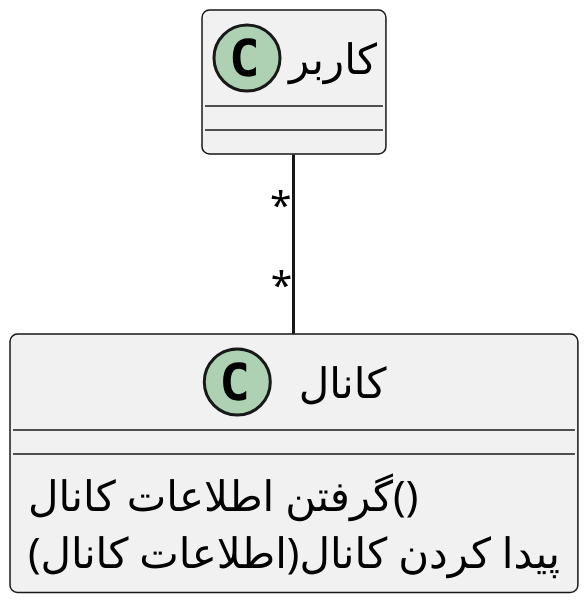
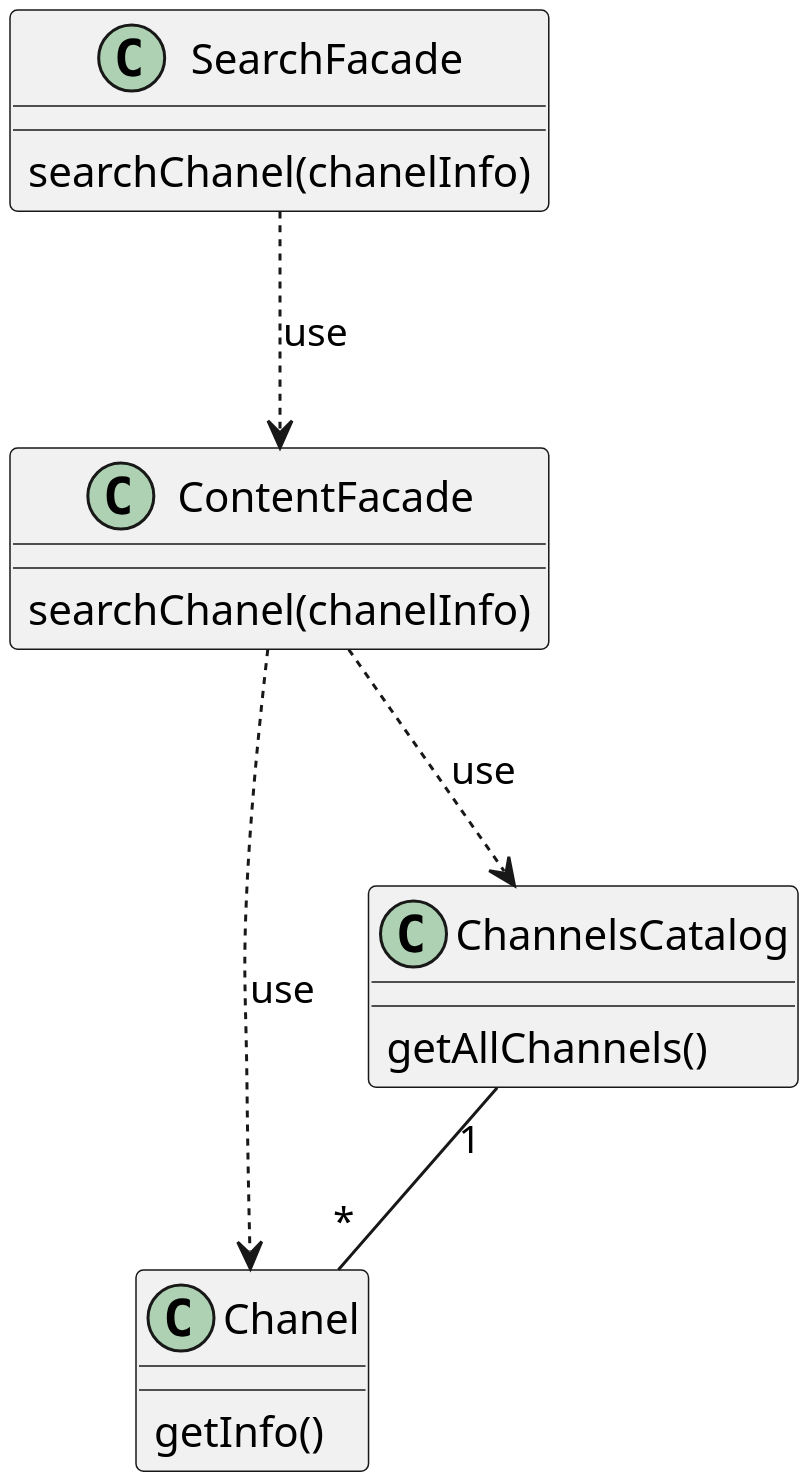
Before and after one commit to soleyman79/Qasedak: the diagram in Diagrams/Design Class/SearchChanel.puml, drawn with PlantUML.

Commit message:
update Design class: SearchChanel

```diff
--- a/Diagrams/Design Class/SearchChanel.puml
+++ b/Diagrams/Design Class/SearchChanel.puml
@@ -1,17 +1,26 @@
 @startuml search_chanel
 
 scale 3
 skinparam DefaultFontName B Nazanin
 
-
-class "کاربر" as user {
+class "Chanel" as chanel {
+    getInfo()
 }
 
-class "کانال" as chanel {
-    گرفتن اطلاعات کانال()
-    پیدا کردن کانال(اطلاعات کانال)
+class SearchFacade {
+    searchChanel(chanelInfo)
 }
 
-user "*" -- "*" chanel
+class ContentFacade {
+    searchChanel(chanelInfo)
+}
 
+class ChannelsCatalog {
+    getAllChannels()
+}
+
+ChannelsCatalog "1" -- "*" chanel
+ContentFacade ..> ChannelsCatalog :use
+ContentFacade ..> chanel :use
+SearchFacade ..> ContentFacade :use
 @enduml
```
